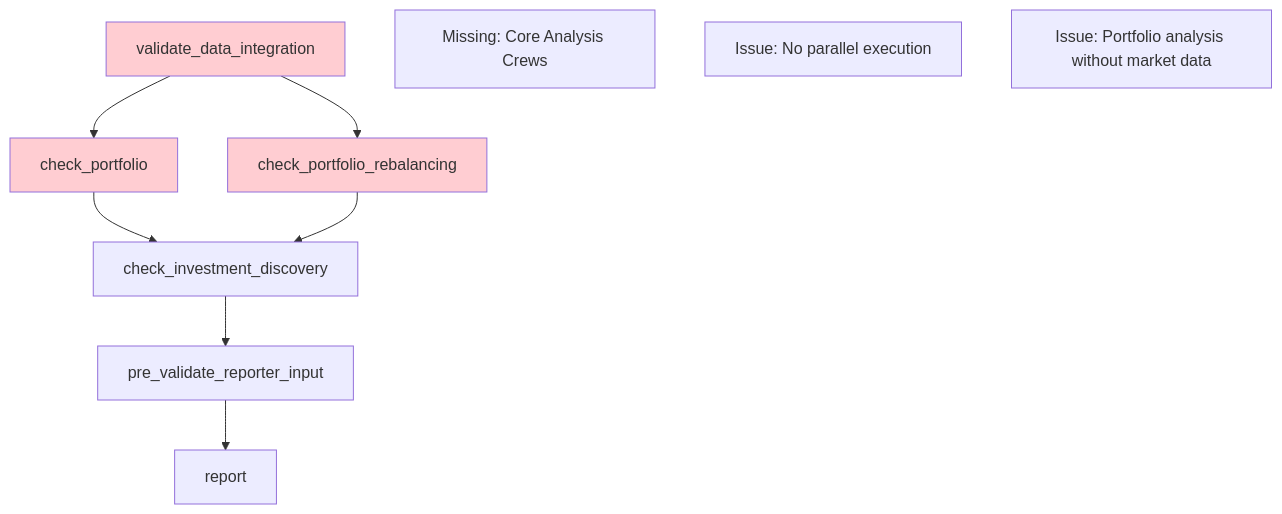
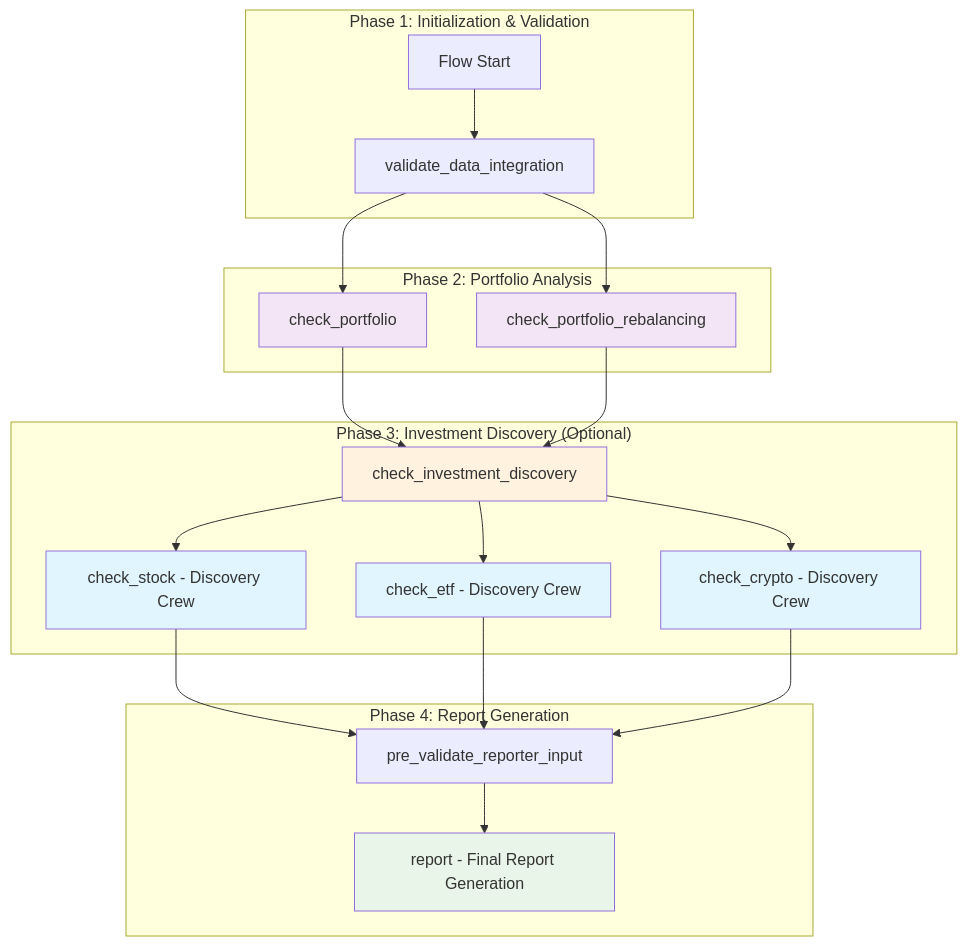
The first of 2 diagrams in .kiro/specs/core-analysis-restoration/design.md (fjacquet/finwiz), drawn with Mermaid before and after one commit. The commit also changed other lines of this file and 196 other files, not shown here.

First line of the commit message:
feat(architecture): Comprehensive system architecture and documentation overhaul

````diff
--- a/.kiro/specs/core-analysis-restoration/design.md
+++ b/.kiro/specs/core-analysis-restoration/design.md
@@ -13,24 +21,49 @@
 ```mermaid
 graph TB
-    DV[validate_data_integration]
-    PR[check_portfolio] 
-    PRC[check_portfolio_rebalancing]
-    IDC[check_investment_discovery]
-    PV[pre_validate_reporter_input]
-    RC[report]
+    subgraph "Phase 1: Initialization & Validation"
+        START[Flow Start]
+        DV[validate_data_integration]
+    end
     
+    subgraph "Phase 2: Portfolio Analysis"
+        PR[check_portfolio]
+        PRC[check_portfolio_rebalancing]
+    end
+    
+    subgraph "Phase 3: Investment Discovery (Optional)"
+        IDC[check_investment_discovery]
+        SC[check_stock - Discovery Crew]
+        EC[check_etf - Discovery Crew]
+        CC[check_crypto - Discovery Crew]
+    end
+    
+    subgraph "Phase 4: Report Generation"
+        PV[pre_validate_reporter_input]
+        RC[report - Final Report Generation]
+    end
+    
+    START --> DV
     DV --> PR
     DV --> PRC
+    
     PR --> IDC
     PRC --> IDC
-    IDC --> PV
+    
+    IDC --> SC
+    IDC --> EC
+    IDC --> CC
+    
+    SC --> PV
+    EC --> PV
+    CC --> PV
+    
     PV --> RC
     
-    style DV fill:#ffcdd2
-    style PR fill:#ffcdd2
-    style PRC fill:#ffcdd2
-    
-    note1[Missing: Core Analysis Crews]
-    note2[Issue: No parallel execution]
-    note3[Issue: Portfolio analysis without market data]
+    style PR fill:#f3e5f5
+    style PRC fill:#f3e5f5
+    style IDC fill:#fff3e0
+    style SC fill:#e1f5fe
+    style EC fill:#e1f5fe
+    style CC fill:#e1f5fe
+    style RC fill:#e8f5e8
 ```
````
